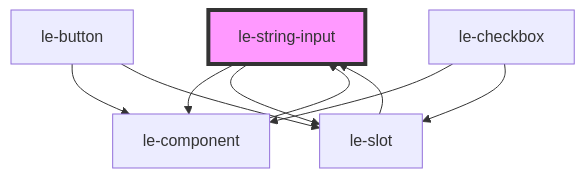
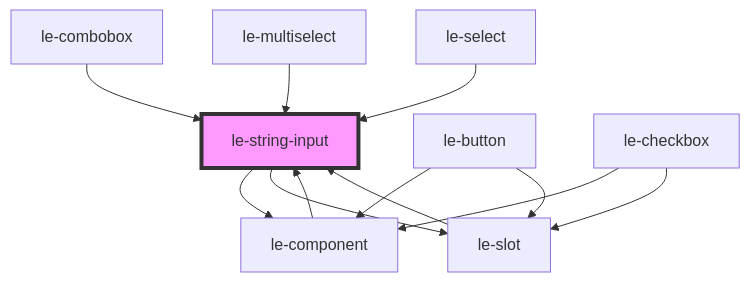
One commit to leechy/le-kit changed the diagram in src/components/le-string-input/readme.md. Above: the diagram before and after it, drawn with Mermaid. The commit also changed other lines of this file and 21 other files, not shown here.

````diff
--- a/src/components/le-string-input/readme.md
+++ b/src/components/le-string-input/readme.md
@@ -60,12 +72,15 @@
 ```mermaid
 graph TD;
   le-string-input --> le-component
   le-string-input --> le-slot
   le-component --> le-string-input
   le-button --> le-component
   le-button --> le-slot
   le-slot --> le-string-input
   le-checkbox --> le-component
   le-checkbox --> le-slot
+  le-combobox --> le-string-input
+  le-multiselect --> le-string-input
+  le-select --> le-string-input
   style le-string-input fill:#f9f,stroke:#333,stroke-width:4px
 ```
````
